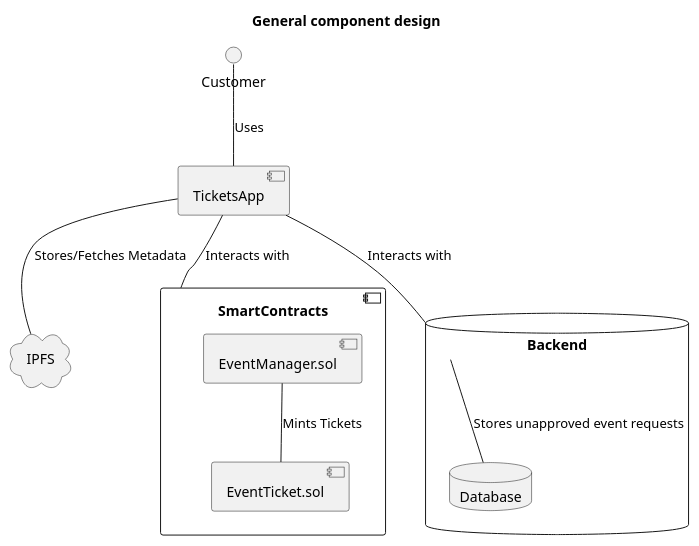
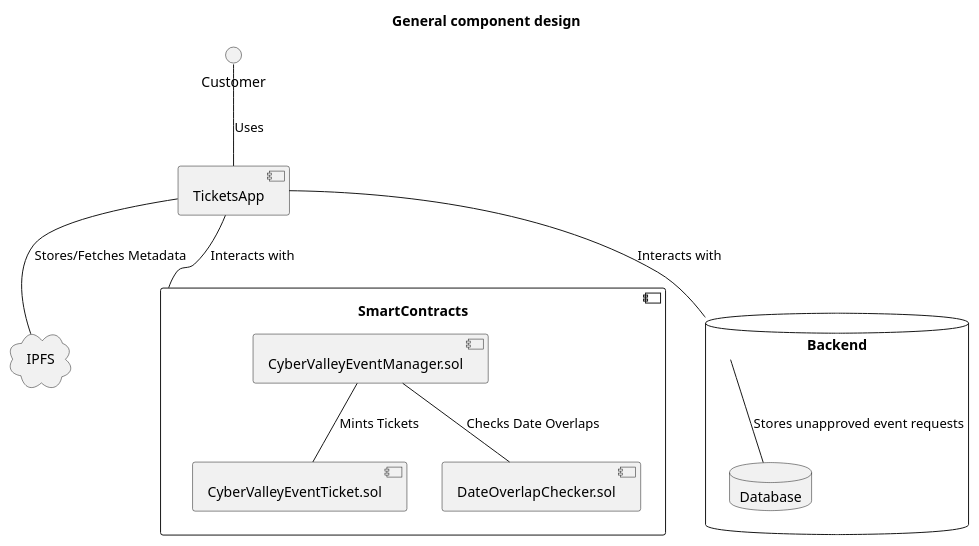
Diagram 19 of 26 in README.org (ai-shift/cyber-valley-tickets), drawn with PlantUML before and after one commit. The commit also changed other lines of this file, not shown here.

```diff
--- a/README.org
+++ b/README.org
@@ -442,28 +498,30 @@
 #+begin_src plantuml :file ./img/component-design.png
 title General component design
 
 () Customer
 
 component TicketsApp {
 }
 
 component SmartContracts {
-  [EventManager.sol]
-  [EventTicket.sol]
+  [CyberValleyEventManager.sol]
+  [CyberValleyEventTicket.sol]
+  [DateOverlapChecker.sol]
 }
 
 database Backend {
   database Database
 }
 
 cloud IPFS
 
 [Customer] -- TicketsApp : Uses
 
 TicketsApp -- SmartContracts : Interacts with
 TicketsApp -- IPFS : Stores/Fetches Metadata
 TicketsApp -- Backend : Interacts with
 Backend -- Database : Stores unapproved event requests
 
-[EventManager.sol] -- [EventTicket.sol] : Mints Tickets
+[CyberValleyEventManager.sol] -- [CyberValleyEventTicket.sol] : Mints Tickets
+[CyberValleyEventManager.sol] -- [DateOverlapChecker.sol] : Checks Date Overlaps
 #+end_src
```
